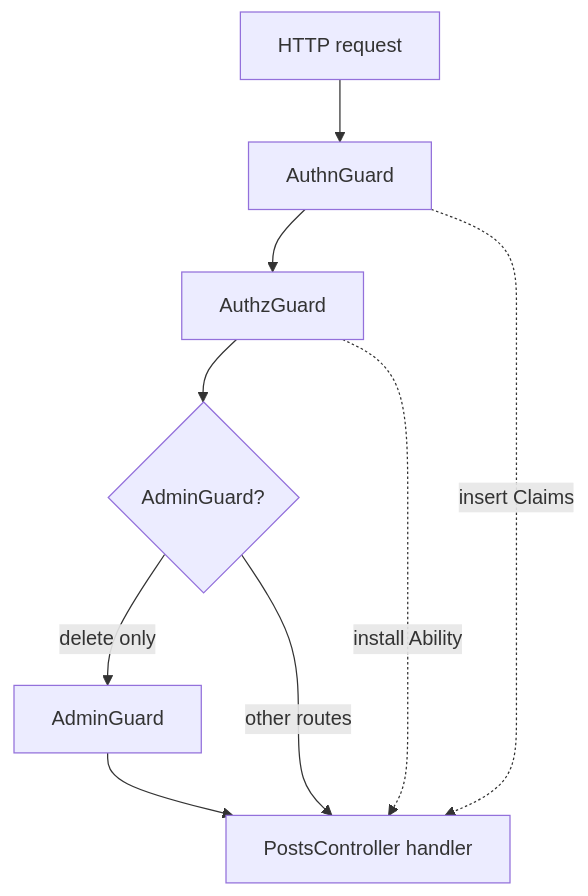
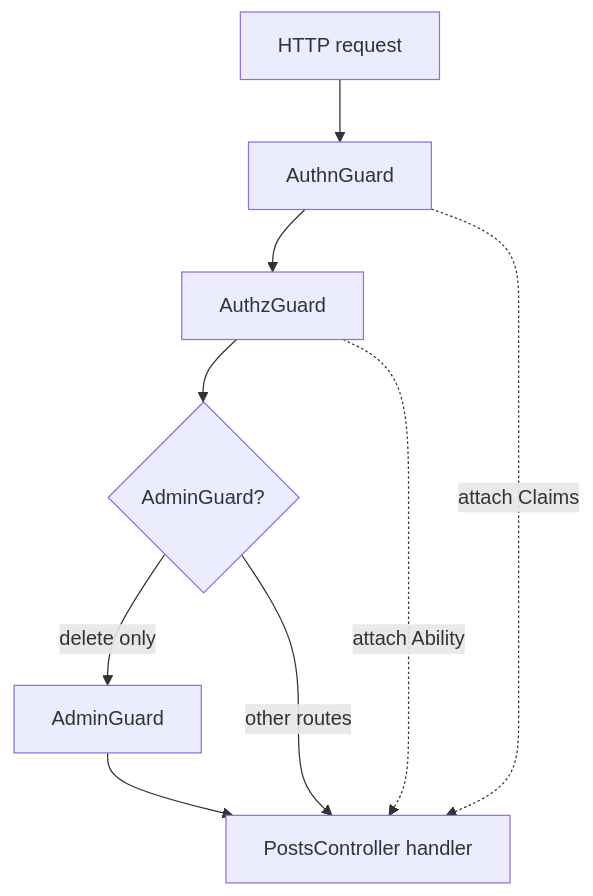
One commit to YV17labs/NestRS changed the first of 3 diagrams in docs/src/content/docs/fundamentals/guards.mdx. Above: the diagram before and after it, drawn with Mermaid. The commit also changed other lines of this file and 22 other files, not shown here.

````diff
--- a/docs/src/content/docs/fundamentals/guards.mdx
+++ b/docs/src/content/docs/fundamentals/guards.mdx
@@ -183,11 +189,11 @@
 ```mermaid
 flowchart TB
   REQ[HTTP request] --> AG[AuthnGuard]
   AG --> AZ[AuthzGuard]
   AZ --> AD{AdminGuard?}
   AD -->|delete only| ADG[AdminGuard]
   AD -->|other routes| H[PostsController handler]
   ADG --> H
-  AG -. "insert Claims" .-> H
-  AZ -. "install Ability" .-> H
+  AG -. "attach Claims" .-> H
+  AZ -. "attach Ability" .-> H
 ```
````
